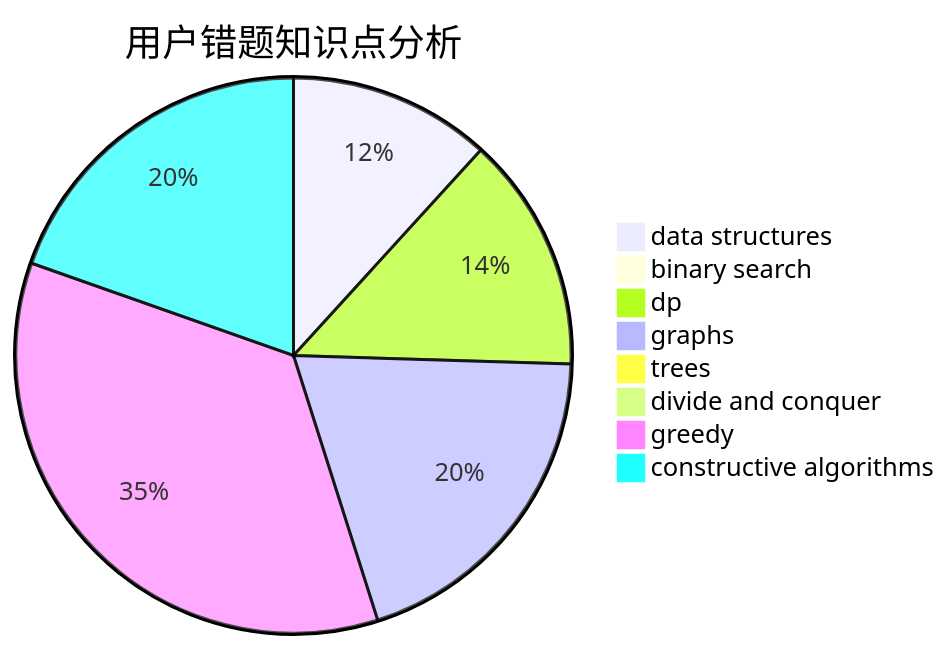
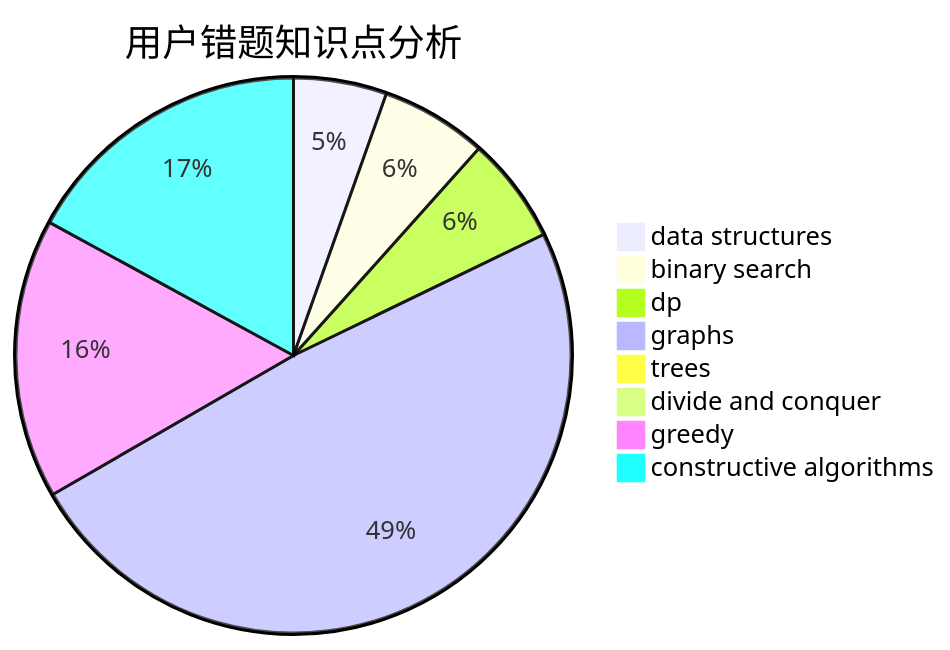
Before and after one commit to sherpahu/cfrs.github.io: the third of 3 diagrams in docs/user/u2452.md, drawn with Mermaid. The commit also changed other lines of this file and 2770 other files, not shown here.

````diff
--- a/docs/user/u2452.md
+++ b/docs/user/u2452.md
@@ -36,11 +36,11 @@
 ```mermaid
 pie title 用户错题知识点分析
-    "data structures" :  6
-    "binary search" :  0
-    "dp" :  7
-    "graphs" :  10
+    "data structures" :  7
+    "binary search" :  8
+    "dp" :  8
+    "graphs" :  63
     "trees" :  0
     "divide and conquer" :  0
-    "greedy" :  18
-    "constructive algorithms" :  10
+    "greedy" :  21
+    "constructive algorithms" :  22
 ```
````
